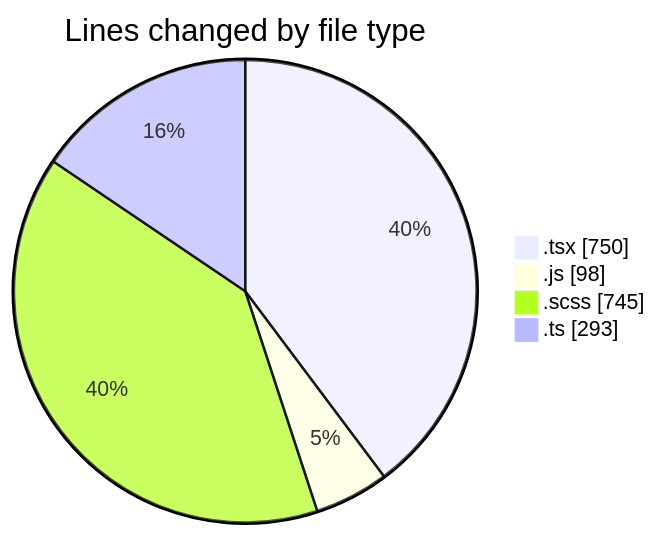
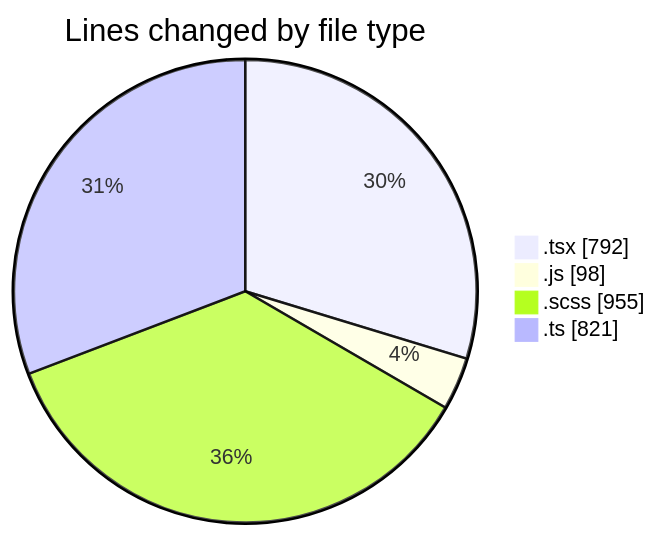
One commit to momahboobian/code-tracking changed the first of 2 diagrams in 2025-03-31/cda/README.md. Above: the diagram before and after it, drawn with Mermaid. The commit also changed other lines of this file and 1 other file, not shown here.

````diff
--- a/2025-03-31/cda/README.md
+++ b/2025-03-31/cda/README.md
@@ -30,8 +31,8 @@
 ```mermaid
 pie showData
 title Lines changed by file type
-".tsx" : 750
+".tsx" : 792
 ".js" : 98
-".scss" : 745
-".ts" : 293
+".scss" : 955
+".ts" : 821
 ```
````
